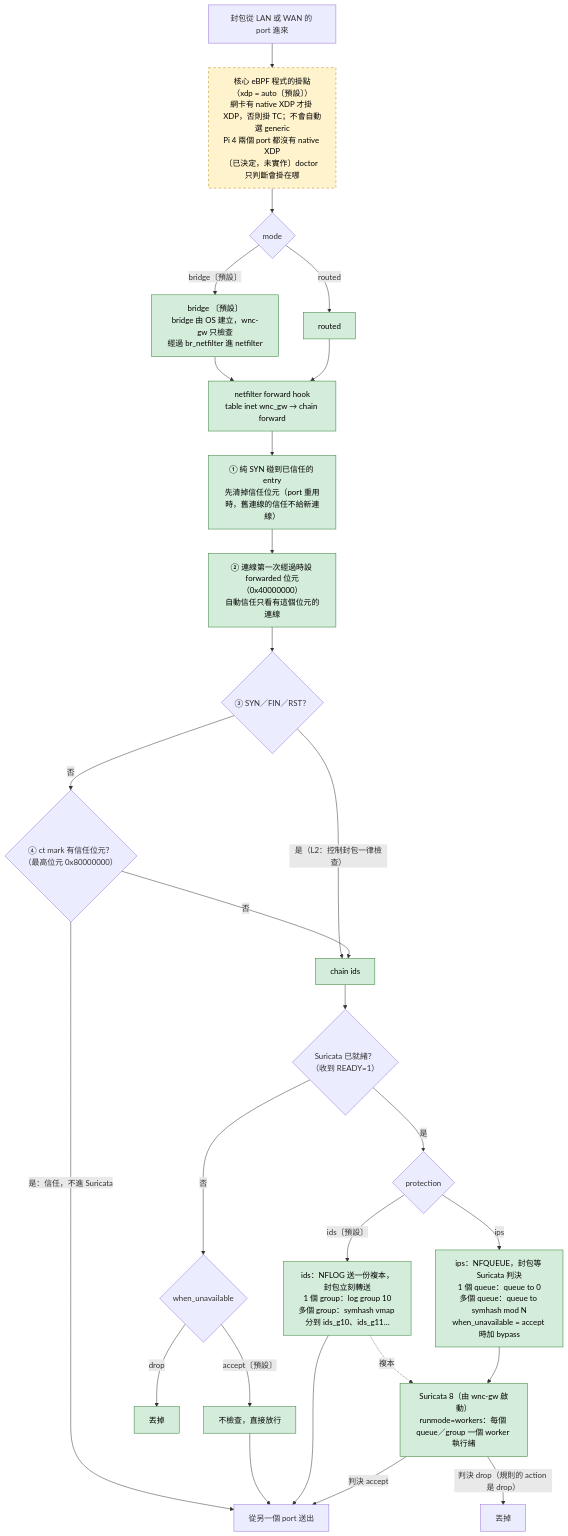
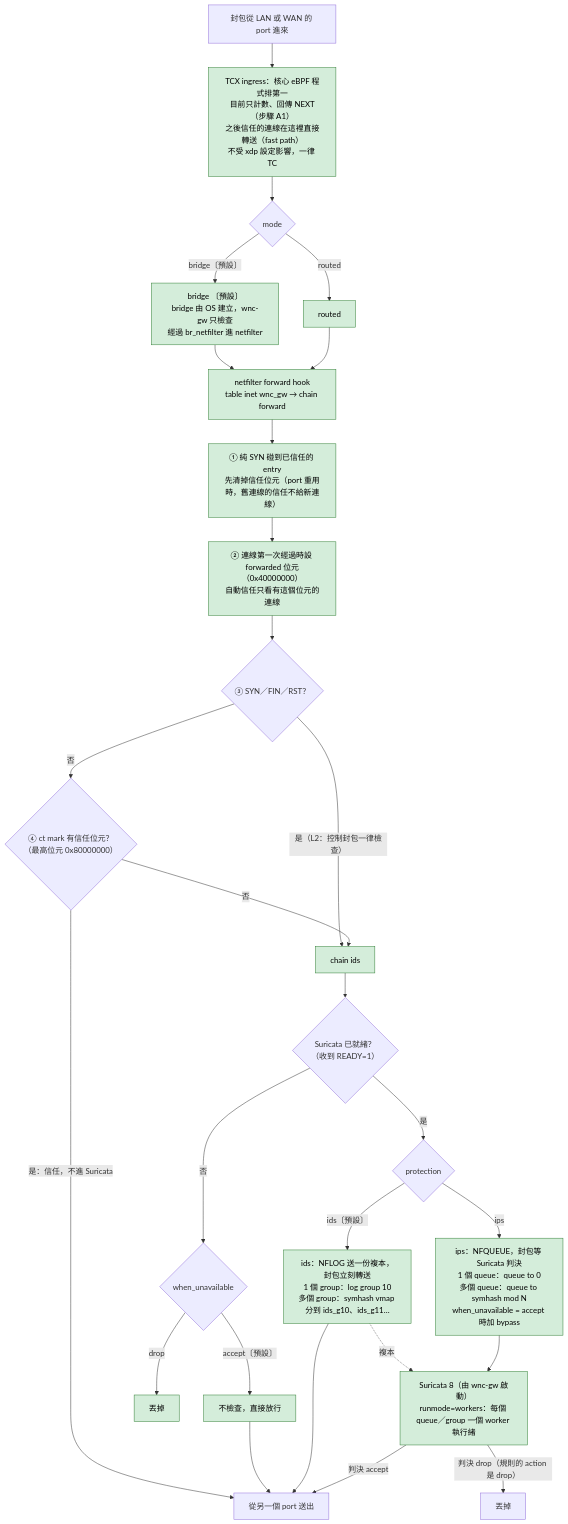
Before and after one commit to guanwei6238/wnc_project: the first of 2 diagrams in security_gateway/README.md, drawn with Mermaid. The commit also changed other lines of this file and 28 other files, not shown here.

Commit message:
Attach the core eBPF program first on TCX ingress of both ports, and disclose other TCX programs in doctor and run

````diff
--- a/security_gateway/README.md
+++ b/security_gateway/README.md
@@ -42,48 +76,48 @@
 ```mermaid
 flowchart TD
     IN["封包從 LAN 或 WAN 的 port 進來"]
-    HOOK["核心 eBPF 程式的掛點（xdp = auto〔預設〕）<br/>網卡有 native XDP 才掛 XDP，否則掛 TC；不會自動選 generic<br/>Pi 4 兩個 port 都沒有 native XDP<br/>〔已決定，未實作〕doctor 只判斷會掛在哪"]:::later
+    HOOK["TCX ingress：核心 eBPF 程式排第一<br/>目前只計數、回傳 NEXT（步驟 A1）<br/>之後信任的連線在這裡直接轉送（fast path）<br/>不受 xdp 設定影響，一律 TC"]:::done
     MODE{"mode"}
     BR["bridge 〔預設〕<br/>bridge 由 OS 建立，wnc-gw 只檢查<br/>經過 br_netfilter 進 netfilter"]:::done
     RT["routed"]:::done
     FWD["netfilter forward hook<br/>table inet wnc_gw → chain forward"]:::done
     R1["① 純 SYN 碰到已信任的 entry<br/>先清掉信任位元（port 重用時，舊連線的信任不給新連線）"]:::done
     RF["② 連線第一次經過時設 forwarded 位元（0x40000000）<br/>自動信任只看有這個位元的連線"]:::done
     R2{"③ SYN／FIN／RST？"}
     R3{"④ ct mark 有信任位元？<br/>（最高位元 0x80000000）"}
     IDSC["chain ids"]:::done
     READY{"Suricata 已就緒？<br/>（收到 READY=1）"}
     UNAV{"when_unavailable"}
     ACC["不檢查，直接放行"]:::done
     DROP["丟掉"]:::done
     PROT{"protection"}
     IDS["ids：NFLOG 送一份複本，封包立刻轉送<br/>1 個 group：log group 10<br/>多個 group：symhash vmap 分到 ids_g10、ids_g11…"]:::done
     IPS["ips：NFQUEUE，封包等 Suricata 判決<br/>1 個 queue：queue to 0<br/>多個 queue：queue to symhash mod N<br/>when_unavailable = accept 時加 bypass"]:::done
     SUR["Suricata 8（由 wnc-gw 啟動）<br/>runmode=workers：每個 queue／group 一個 worker 執行緒"]:::done
     OUT["從另一個 port 送出"]
     VDROP["丟掉"]
 
     IN --> HOOK --> MODE
     MODE -->|"bridge〔預設〕"| BR --> FWD
     MODE -->|routed| RT --> FWD
     FWD --> R1 --> RF --> R2
     R2 -->|"是（L2：控制封包一律檢查）"| IDSC
     R2 -->|否| R3
     R3 -->|"是：信任，不進 Suricata"| OUT
     R3 -->|否| IDSC
     IDSC --> READY
     READY -->|否| UNAV
     UNAV -->|"accept〔預設〕"| ACC --> OUT
     UNAV -->|drop| DROP
     READY -->|是| PROT
     PROT -->|"ids〔預設〕"| IDS
     PROT -->|ips| IPS
     IDS --> OUT
     IDS -.->|複本| SUR
     IPS --> SUR
     SUR -->|"判決 accept"| OUT
     SUR -->|"判決 drop（規則的 action 是 drop）"| VDROP
 
     classDef done fill:#d4edda,stroke:#2e7d32,color:#000
     classDef later fill:#fff3cd,stroke:#b8860b,color:#000,stroke-dasharray: 5 5
 ```
````
